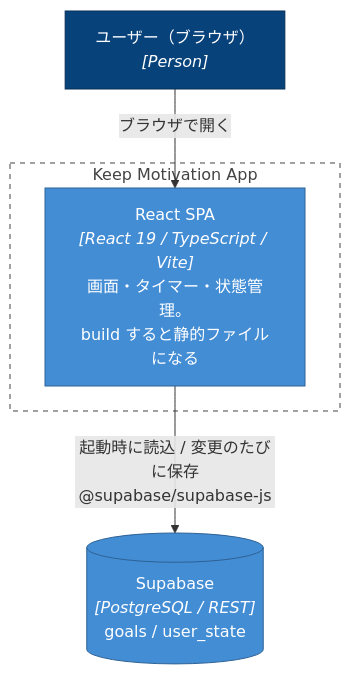
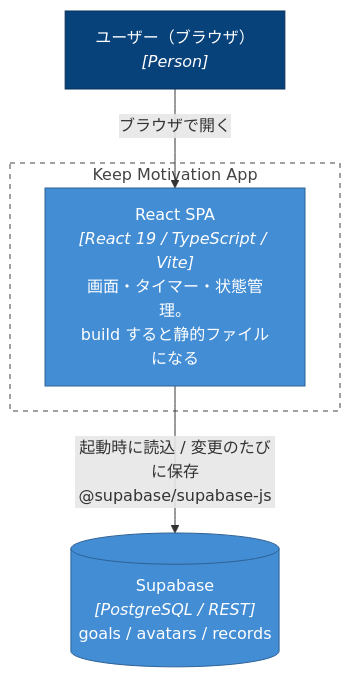
The second of 6 diagrams in ARCHITECTURE.md (kuramochi703/keep-motivation-app), drawn with Mermaid before and after one commit. The commit also changed other lines of this file and 10 other files, not shown here.

````diff
--- a/ARCHITECTURE.md
+++ b/ARCHITECTURE.md
@@ -36,21 +37,21 @@
 ```mermaid
 flowchart TB
     user["ユーザー（ブラウザ）<br/><i>[Person]</i>"]
 
     subgraph system["Keep Motivation App"]
         spa["React SPA<br/><i>[React 19 / TypeScript / Vite]</i><br/>画面・タイマー・状態管理。<br/>build すると静的ファイルになる"]
     end
 
-    sb[("Supabase<br/><i>[PostgreSQL / REST]</i><br/>goals / user_state")]
+    sb[("Supabase<br/><i>[PostgreSQL / REST]</i><br/>goals / avatars / records")]
 
     user -->|"ブラウザで開く"| spa
     spa -->|"起動時に読込 / 変更のたびに保存<br/>@supabase/supabase-js"| sb
 
     classDef person fill:#08427b,stroke:#052e56,color:#ffffff
     classDef container fill:#438dd5,stroke:#2e6295,color:#ffffff
     classDef boundary fill:none,stroke:#444444,stroke-dasharray:5 5,color:#444444
 
     class user person
     class spa,sb container
     class system boundary
 ```
````
